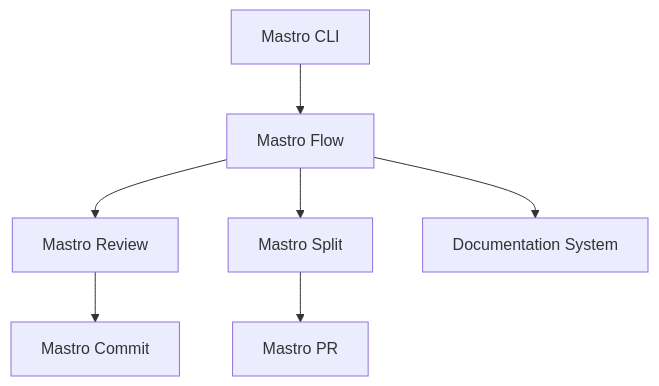
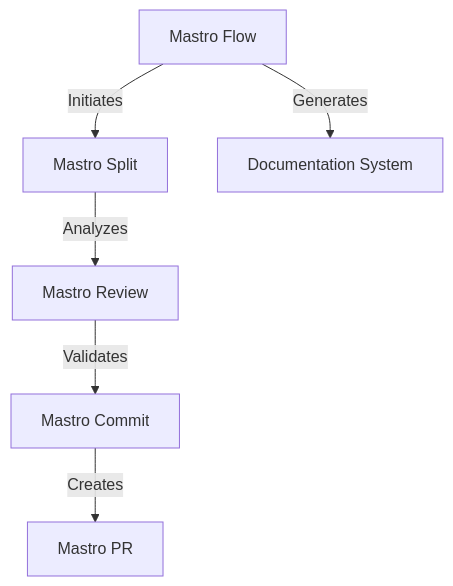
One commit to geogoesbeepboop/mastro changed the second of 3 diagrams in docs/ARCHITECTURE.md. Above: the diagram before and after it, drawn with Mermaid. The commit also changed other lines of this file and 6 other files, not shown here.

````diff
--- a/docs/ARCHITECTURE.md
+++ b/docs/ARCHITECTURE.md
@@ -135,9 +135,8 @@
 ```mermaid
 graph TD;
-    A[Mastro CLI] --> B[Mastro Flow];
-    B --> C[Mastro Review];
-    B --> D[Mastro Split];
-    C --> E[Mastro Commit];
-    D --> F[Mastro PR];
-    B --> G[Documentation System];
+    A[Mastro Flow] -->|Initiates| B[Mastro Split];
+    B -->|Analyzes| C[Mastro Review];
+    C -->|Validates| D[Mastro Commit];
+    D -->|Creates| E[Mastro PR];
+    A -->|Generates| F[Documentation System];
 ```
````
